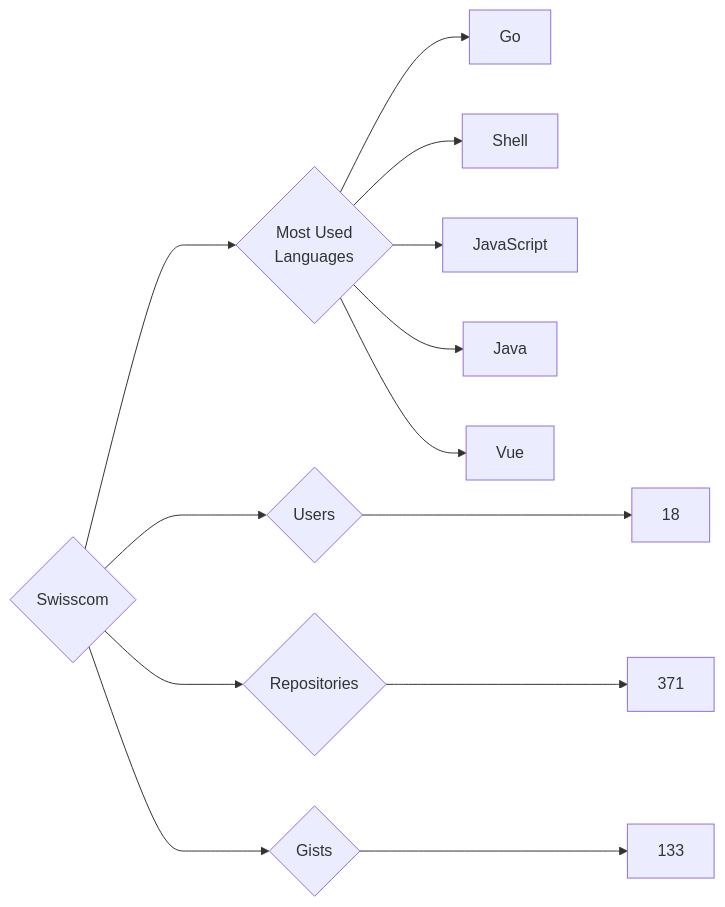
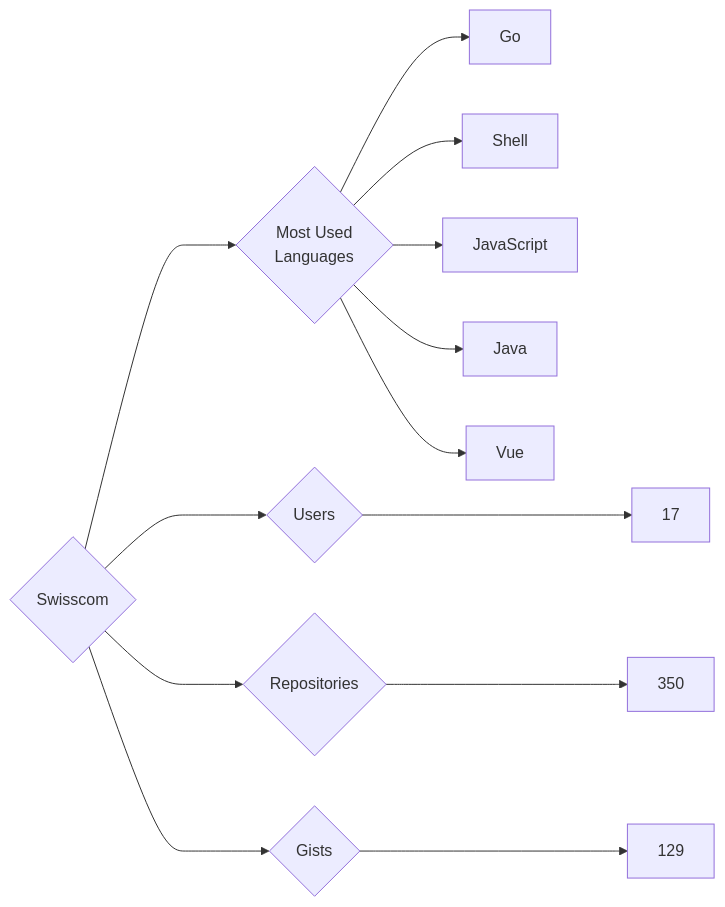
Before and after one commit to trickest/insiders: the diagram in targets/Swisscom/README.md, drawn with Mermaid. The commit also changed 835 other files, not shown here.

````diff
--- a/targets/Swisscom/README.md
+++ b/targets/Swisscom/README.md
@@ -3,13 +3,13 @@
 ```mermaid
 graph LR
 COMPANY_NAME{Swisscom}
-COMPANY_NAME ---> U{Users} ---> UN[18]
-COMPANY_NAME ---> R{Repositories} ---> RN[371]
-COMPANY_NAME ---> G{Gists} ---> GN[133]
+COMPANY_NAME ---> U{Users} ---> UN[17]
+COMPANY_NAME ---> R{Repositories} ---> RN[350]
+COMPANY_NAME ---> G{Gists} ---> GN[129]
 COMPANY_NAME ---> ML{Most Used<br>Languages}
 ML --> Go[Go]
 ML --> Shell[Shell]
 ML --> JavaScript[JavaScript]
 ML --> Java[Java]
 ML --> Vue[Vue]
 ```
````
